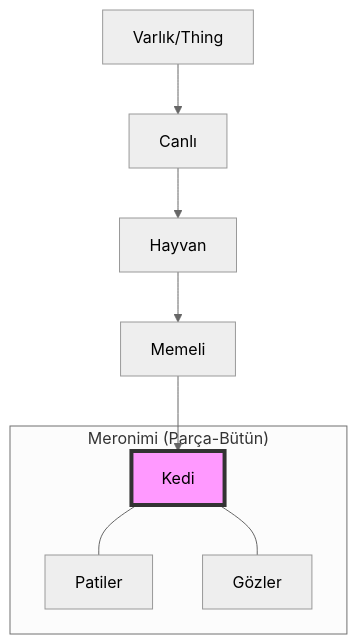
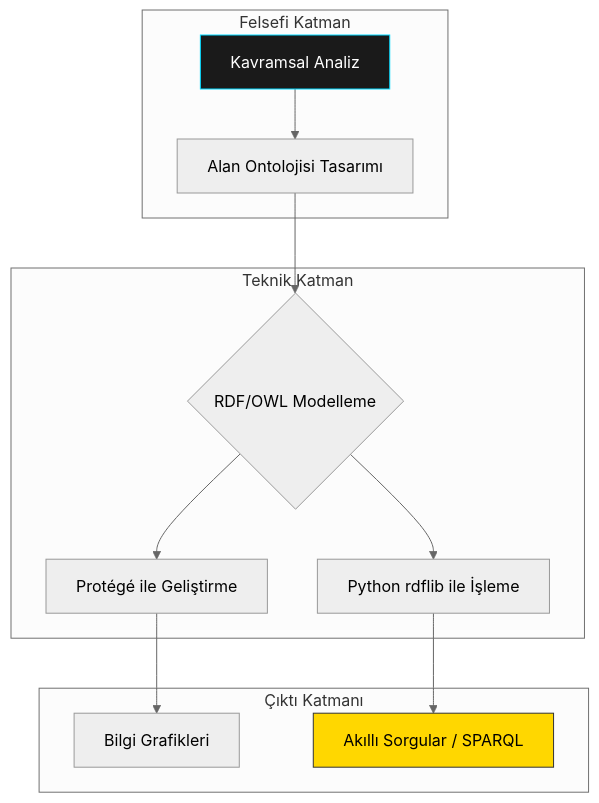
Before and after one commit to arch-yunus/ontoloji-atolyesi: the diagram in README.md, drawn with Mermaid (neutral theme). The commit also changed other lines of this file and 9 other files, not shown here.

````diff
--- a/README.md
+++ b/README.md
@@ -31,14 +63,20 @@
 ```mermaid
 graph TD
-    V[Varlık/Thing] --> C[Canlı]
-    C --> H[Hayvan]
-    H --> M[Memeli]
-    M --> K[Kedi]
-    
-    subgraph "Meronimi (Parça-Bütün)"
-    K --- P[Patiler]
-    K --- G[Gözler]
+    subgraph "Felsefi Katman"
+    A[Kavramsal Analiz] --> B[Alan Ontolojisi Tasarımı]
     end
     
-    style K fill:#f9f,stroke:#333,stroke-width:4px
+    subgraph "Teknik Katman"
+    B --> C{RDF/OWL Modelleme}
+    C --> D[Protégé ile Geliştirme]
+    C --> E[Python rdflib ile İşleme]
+    end
+    
+    subgraph "Çıktı Katmanı"
+    D --> F[Bilgi Grafikleri]
+    E --> G[Akıllı Sorgular / SPARQL]
+    end
+    
+    style A fill:#1a1a1a,stroke:#00d9ff,color:#fff
+    style G fill:#ffd700,stroke:#333,color:#000
 ```
````
